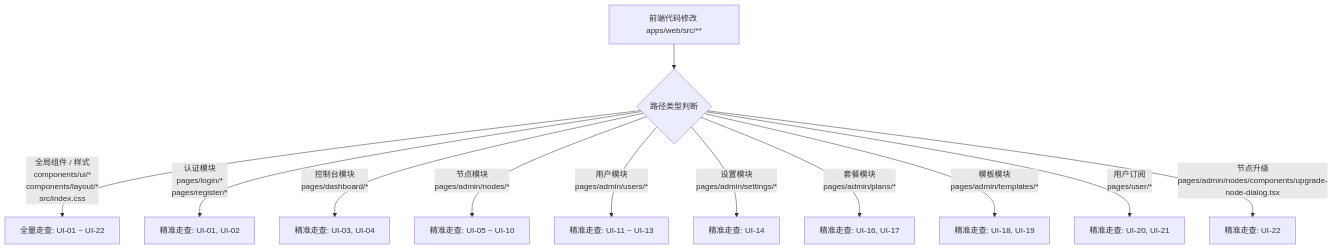
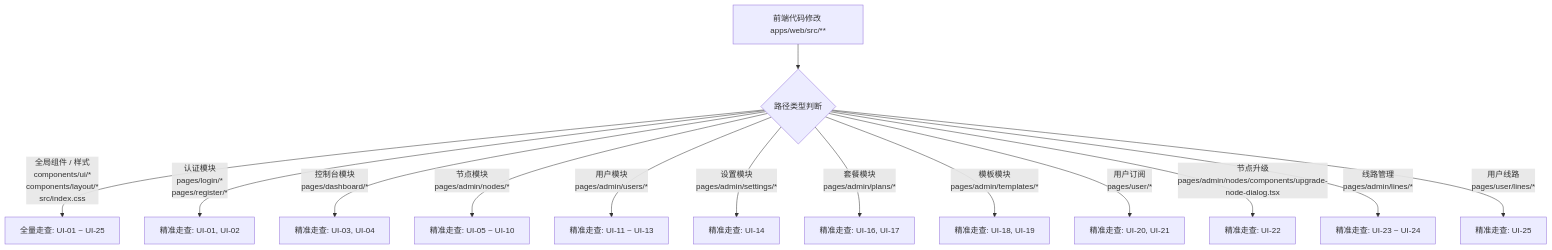
The diagram in docs/VISUAL_VERIFICATION.md (Nanako660/riricloud), drawn with Mermaid before and after one commit. The commit also changed other lines of this file and 72 other files, not shown here.

````diff
--- a/docs/VISUAL_VERIFICATION.md
+++ b/docs/VISUAL_VERIFICATION.md
@@ -57,14 +60,16 @@
 ```mermaid
 flowchart TD
     Change[前端代码修改 apps/web/src/**] --> PathCheck{路径类型判断}
-    PathCheck -->|全局组件 / 样式\ncomponents/ui/*\ncomponents/layout/*\nsrc/index.css| Full[全量走查: UI-01 ~ UI-22]
+    PathCheck -->|全局组件 / 样式\ncomponents/ui/*\ncomponents/layout/*\nsrc/index.css| Full[全量走查: UI-01 ~ UI-25]
     PathCheck -->|认证模块\npages/login/*\npages/register/*| Auth[精准走查: UI-01, UI-02]
     PathCheck -->|控制台模块\npages/dashboard/*| Dash[精准走查: UI-03, UI-04]
     PathCheck -->|节点模块\npages/admin/nodes/*| Node[精准走查: UI-05 ~ UI-10]
     PathCheck -->|用户模块\npages/admin/users/*| User[精准走查: UI-11 ~ UI-13]
     PathCheck -->|设置模块\npages/admin/settings/*| Sett[精准走查: UI-14]
     PathCheck -->|套餐模块\npages/admin/plans/*| Plans[精准走查: UI-16, UI-17]
     PathCheck -->|模板模块\npages/admin/templates/*| Templates[精准走查: UI-18, UI-19]
     PathCheck -->|用户订阅\npages/user/*| UserSubs[精准走查: UI-20, UI-21]
     PathCheck -->|节点升级\npages/admin/nodes/components/upgrade-node-dialog.tsx| Upgrade[精准走查: UI-22]
+    PathCheck -->|线路管理\npages/admin/lines/*| Lines[精准走查: UI-23 ~ UI-24]
+    PathCheck -->|用户线路\npages/user/lines/*| UserLines[精准走查: UI-25]
 ```
````
